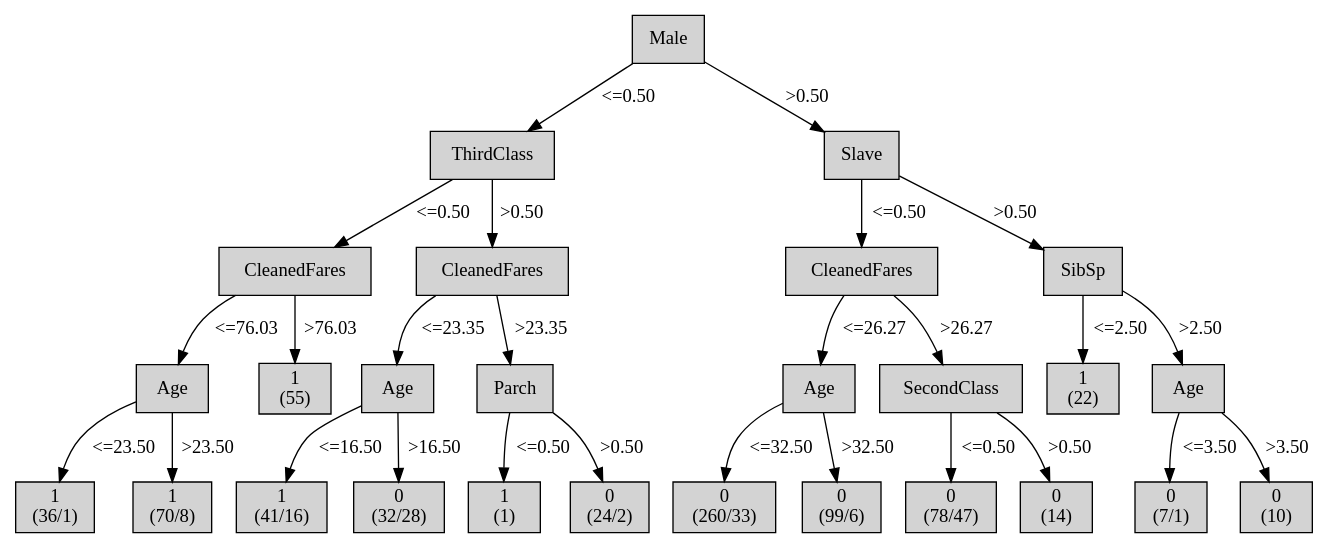
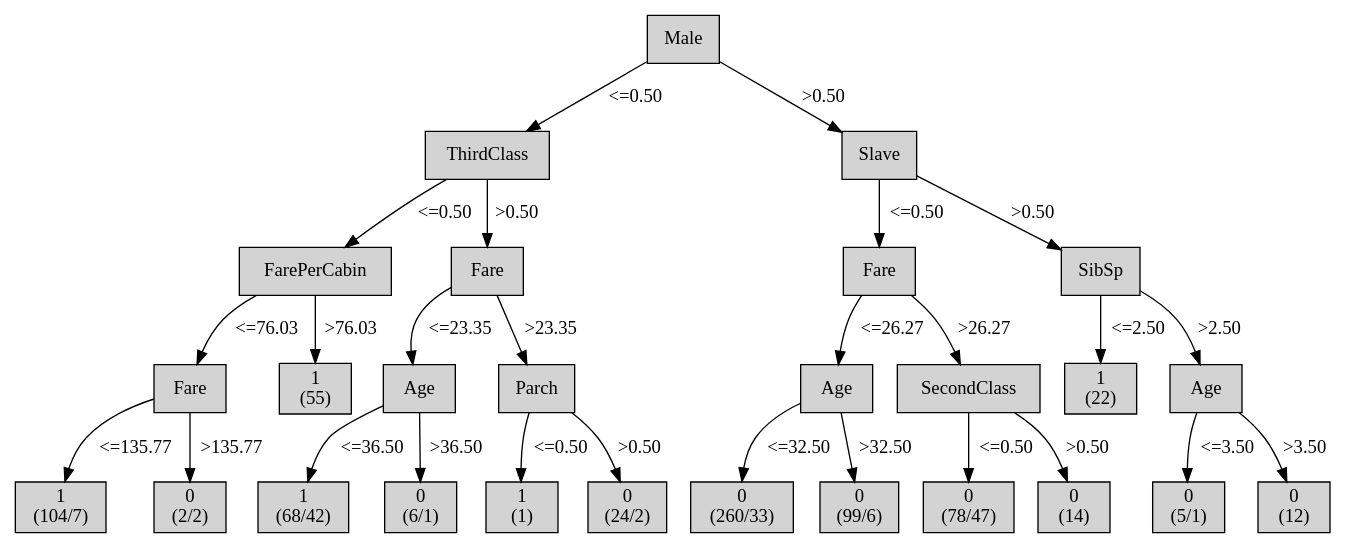
Before and after one commit to mklb/BI-Python3: the diagram in output/tree-generator-4/tree.dot, drawn with Graphviz. The commit also changed 13 other files, not shown here.

```diff
--- a/output/tree-generator-4/tree.dot
+++ b/output/tree-generator-4/tree.dot
@@ -1,101 +1,101 @@
 digraph ID3_Tree {
 "0" [shape=box, style=filled, label="Male
 ", weight=1]
 "1" [shape=box, style=filled, label="ThirdClass
 ", weight=2]
 0 -> 1 [ label = "<=0.50"];
-"2" [shape=box, style=filled, label="CleanedFares
+"2" [shape=box, style=filled, label="FarePerCabin
 ", weight=3]
 1 -> 2 [ label = "<=0.50"];
-"3" [shape=box, style=filled, label="Age
+"3" [shape=box, style=filled, label="Fare
 ", weight=4]
 2 -> 3 [ label = "<=76.03"];
 "4" [shape=box, style=filled, label="1
-(36/1)
+(104/7)
 ", weight=5]
-3 -> 4 [ label = "<=23.50"];
-"5" [shape=box, style=filled, label="1
-(70/8)
+3 -> 4 [ label = "<=135.77"];
+"5" [shape=box, style=filled, label="0
+(2/2)
 ", weight=5]
-3 -> 5 [ label = ">23.50"];
+3 -> 5 [ label = ">135.77"];
 "6" [shape=box, style=filled, label="1
 (55)
 ", weight=4]
 2 -> 6 [ label = ">76.03"];
-"7" [shape=box, style=filled, label="CleanedFares
+"7" [shape=box, style=filled, label="Fare
 ", weight=3]
 1 -> 7 [ label = ">0.50"];
 "8" [shape=box, style=filled, label="Age
 ", weight=4]
 7 -> 8 [ label = "<=23.35"];
 "9" [shape=box, style=filled, label="1
-(41/16)
+(68/42)
 ", weight=5]
-8 -> 9 [ label = "<=16.50"];
+8 -> 9 [ label = "<=36.50"];
 "10" [shape=box, style=filled, label="0
-(32/28)
+(6/1)
 ", weight=5]
-8 -> 10 [ label = ">16.50"];
+8 -> 10 [ label = ">36.50"];
 "11" [shape=box, style=filled, label="Parch
 ", weight=4]
 7 -> 11 [ label = ">23.35"];
 "12" [shape=box, style=filled, label="1
 (1)
 ", weight=5]
 11 -> 12 [ label = "<=0.50"];
 "13" [shape=box, style=filled, label="0
 (24/2)
 ", weight=5]
 11 -> 13 [ label = ">0.50"];
 "14" [shape=box, style=filled, label="Slave
 ", weight=2]
 0 -> 14 [ label = ">0.50"];
-"15" [shape=box, style=filled, label="CleanedFares
+"15" [shape=box, style=filled, label="Fare
 ", weight=3]
 14 -> 15 [ label = "<=0.50"];
 "16" [shape=box, style=filled, label="Age
 ", weight=4]
 15 -> 16 [ label = "<=26.27"];
 "17" [shape=box, style=filled, label="0
 (260/33)
 ", weight=5]
 16 -> 17 [ label = "<=32.50"];
 "18" [shape=box, style=filled, label="0
 (99/6)
 ", weight=5]
 16 -> 18 [ label = ">32.50"];
 "19" [shape=box, style=filled, label="SecondClass
 ", weight=4]
 15 -> 19 [ label = ">26.27"];
 "20" [shape=box, style=filled, label="0
 (78/47)
 ", weight=5]
 19 -> 20 [ label = "<=0.50"];
 "21" [shape=box, style=filled, label="0
 (14)
 ", weight=5]
 19 -> 21 [ label = ">0.50"];
 "22" [shape=box, style=filled, label="SibSp
 ", weight=3]
 14 -> 22 [ label = ">0.50"];
 "23" [shape=box, style=filled, label="1
 (22)
 ", weight=4]
 22 -> 23 [ label = "<=2.50"];
 "24" [shape=box, style=filled, label="Age
 ", weight=4]
 22 -> 24 [ label = ">2.50"];
 "25" [shape=box, style=filled, label="0
-(7/1)
+(5/1)
 ", weight=5]
 24 -> 25 [ label = "<=3.50"];
 "26" [shape=box, style=filled, label="0
-(10)
+(12)
 ", weight=5]
 24 -> 26 [ label = ">3.50"];
 {rank=same; 0;};
 {rank=same; 1;14;};
 {rank=same; 2;7;15;22;};
 {rank=same; 3;6;8;11;16;19;23;24;};
 {rank=same; 4;5;9;10;12;13;17;18;20;21;25;26;};
 }
```
